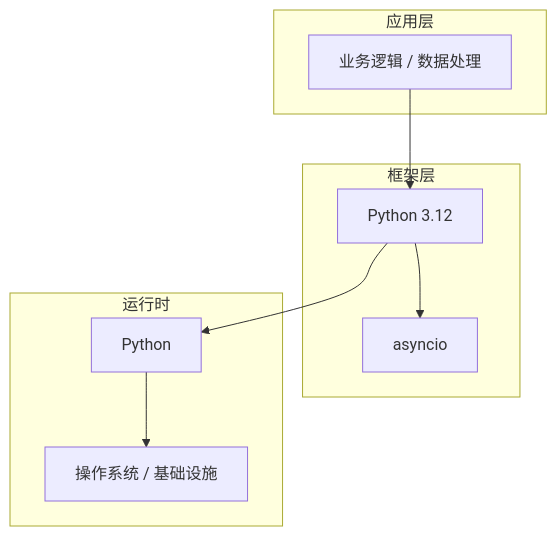
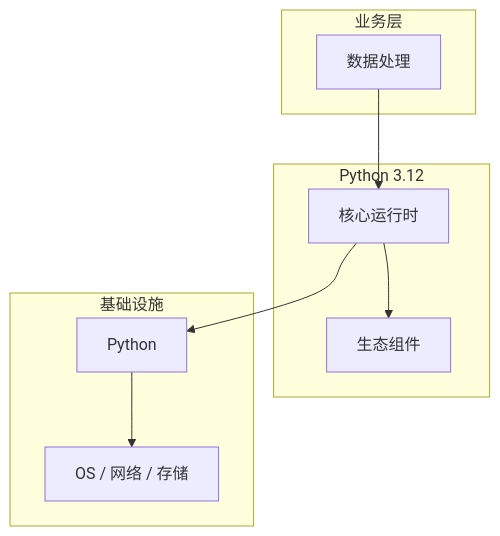
Before and after one commit to yanggan2015/knowledge-json-v2: the diagram in articles/Python高级/chapters/089-数据处理核心概念与原理.md, drawn with Mermaid. The commit also changed other lines of this file and 10127 other files, not shown here.

````diff
--- a/articles/Python高级/chapters/089-数据处理核心概念与原理.md
+++ b/articles/Python高级/chapters/089-数据处理核心概念与原理.md
@@ -45,18 +34,18 @@
 ```mermaid
 graph TB
-    subgraph 应用层
-        A[业务逻辑 / 数据处理]
+    subgraph 业务层
+        A[数据处理]
     end
-    subgraph 框架层
-        B[Python 3.12]
-        C[asyncio]
+    subgraph Python 3.12
+        B[核心运行时]
+        C[生态组件]
     end
-    subgraph 运行时
+    subgraph 基础设施
         D[Python]
-        E[操作系统 / 基础设施]
+        E[OS / 网络 / 存储]
     end
     A --> B
     B --> C
     B --> D
     D --> E
 ```
````
